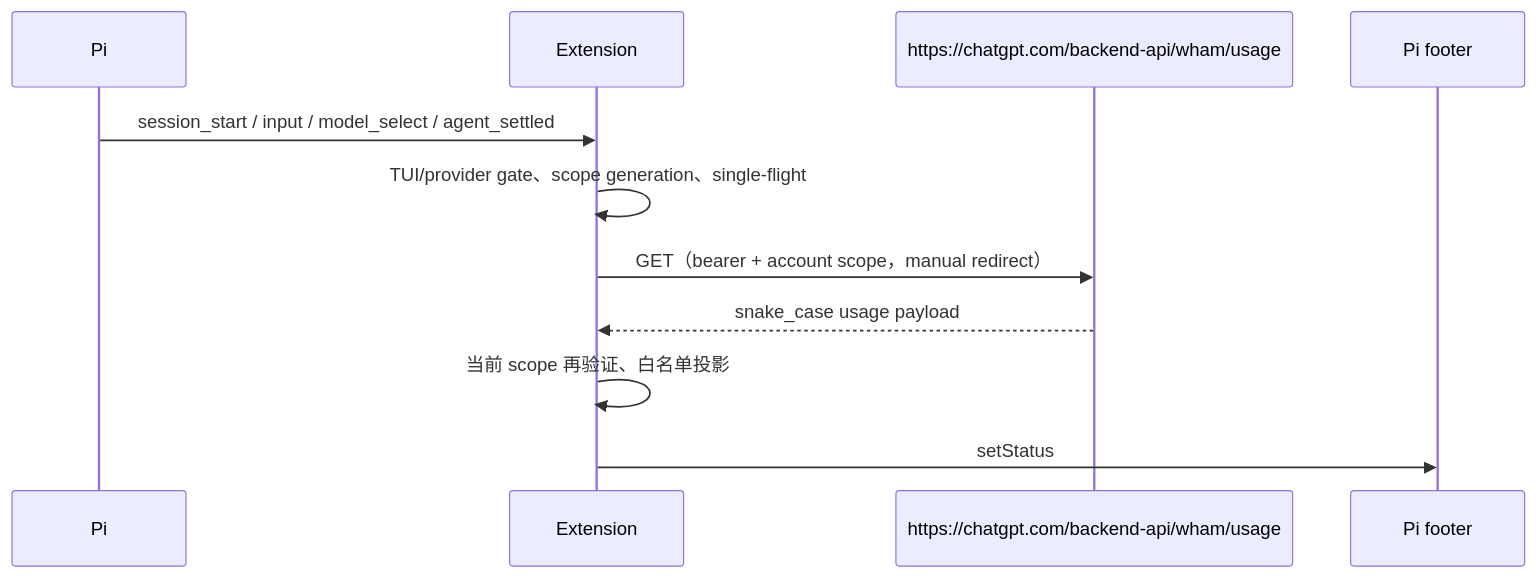
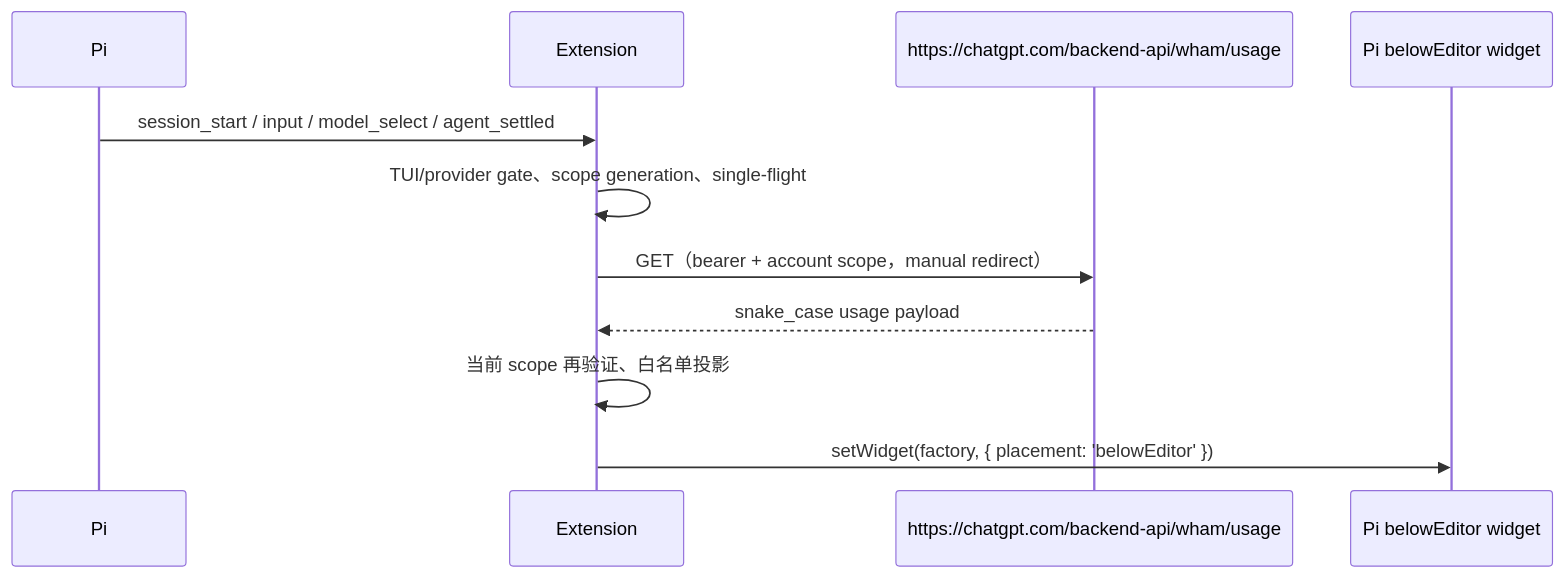
The first of 2 diagrams in docs/02-产品实现/codex-usage-status-技术设计.md (ZHOUKAILIAN/my-pi-extension), drawn with Mermaid before and after one commit. The commit also changed other lines of this file and 9 other files, not shown here.

Commit message:
fix(codex-usage): render usage on a dedicated row

````diff
--- a/docs/02-产品实现/codex-usage-status-技术设计.md
+++ b/docs/02-产品实现/codex-usage-status-技术设计.md
@@ -15,14 +15,14 @@
 ```mermaid
 sequenceDiagram
     participant Pi
     participant Extension
     participant Usage as https://chatgpt.com/backend-api/wham/usage
-    participant Footer as Pi footer
+    participant UsageRow as Pi belowEditor widget
 
     Pi->>Extension: session_start / input / model_select / agent_settled
     Extension->>Extension: TUI/provider gate、scope generation、single-flight
     Extension->>Usage: GET（bearer + account scope，manual redirect）
     Usage-->>Extension: snake_case usage payload
     Extension->>Extension: 当前 scope 再验证、白名单投影
-    Extension->>Footer: setStatus
+    Extension->>UsageRow: setWidget(factory, { placement: 'belowEditor' })
 ```
````
